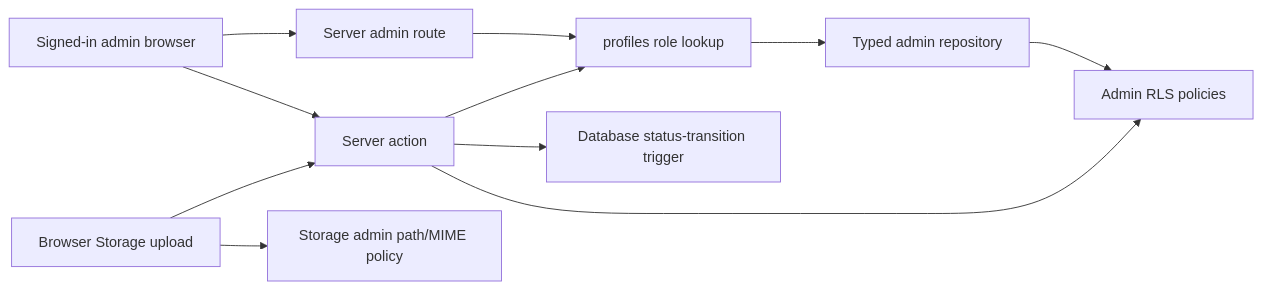
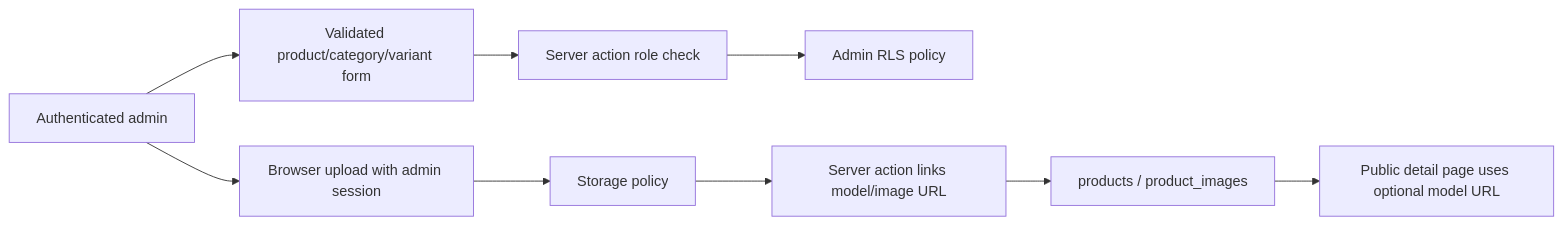
Before and after one commit to VRustam/sneakerlab: the fourth of 6 diagrams in docs/ARCHITECTURE.md, drawn with Mermaid. The commit also changed other lines of this file and 113 other files, not shown here.

````diff
--- a/docs/ARCHITECTURE.md
+++ b/docs/ARCHITECTURE.md
@@ -76,13 +66,11 @@
 ```mermaid
 flowchart LR
-  AdminBrowser["Signed-in admin browser"] --> AdminRoute["Server admin route"]
-  AdminRoute --> ProfileRole["profiles role lookup"]
-  ProfileRole --> AdminRepo["Typed admin repository"]
-  AdminRepo --> AdminRLS["Admin RLS policies"]
-  AdminBrowser --> AdminAction["Server action"]
-  AdminAction --> ProfileRole
-  AdminAction --> AdminRLS
-  MediaUpload["Browser Storage upload"] --> StorageRLS["Storage admin path/MIME policy"]
-  MediaUpload --> AdminAction
-  AdminAction --> OrderTrigger["Database status-transition trigger"]
+  Admin["Authenticated admin"] --> Form["Validated product/category/variant form"]
+  Form --> Action["Server action role check"]
+  Action --> RLS["Admin RLS policy"]
+  Admin --> Upload["Browser upload with admin session"]
+  Upload --> Storage["Storage policy"]
+  Storage --> Link["Server action links model/image URL"]
+  Link --> Products["products / product_images"]
+  Products --> Viewer["Public detail page uses optional model URL"]
 ```
````
